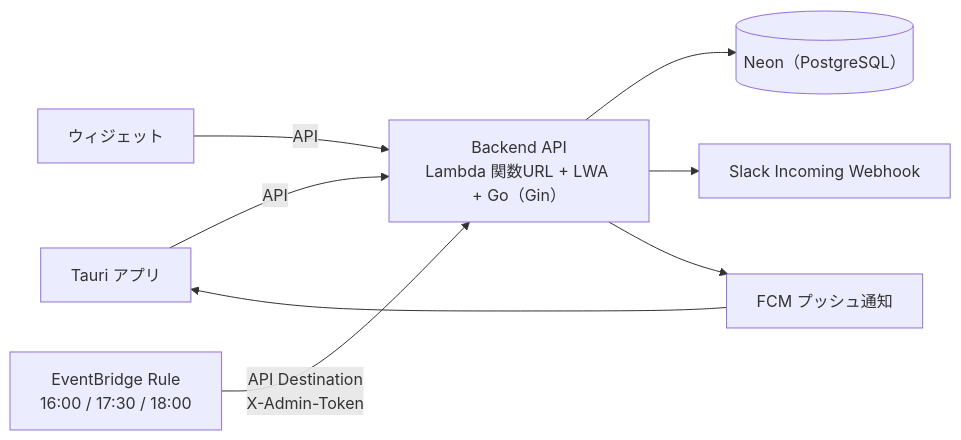
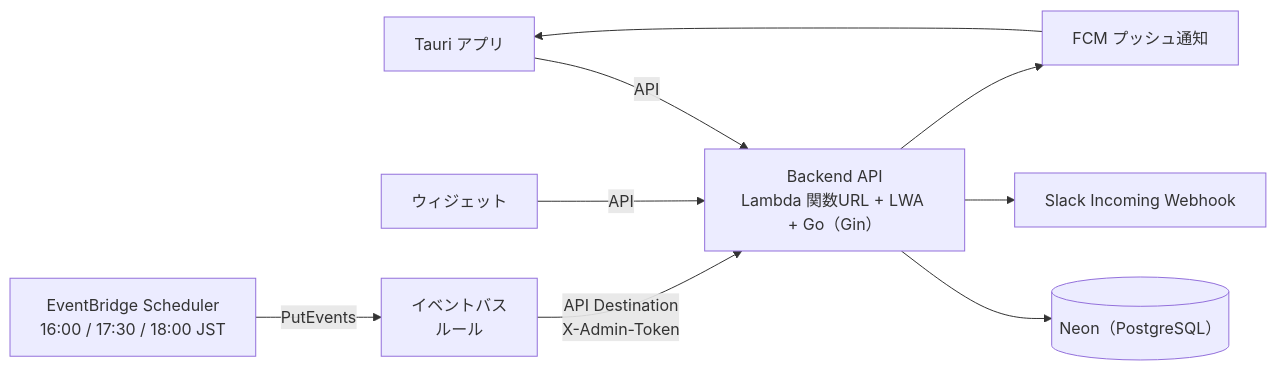
The diagram in docs/DesignDoc.md (nishi240masa/meshi-iko), drawn with Mermaid before and after one commit. The commit also changed other lines of this file, not shown here.

Commit message:
update: 定時処理を EventBridge Scheduler に変更し、API Destination 経由でリクエストを送信するように修正。日付を受け取らないエンドポイント `PUT /admin/polls/today` を追加。

````diff
--- a/docs/DesignDoc.md
+++ b/docs/DesignDoc.md
@@ -107,10 +107,11 @@
 ```mermaid
 flowchart LR
   A["Tauri アプリ"] -->|API| B["Backend API<br/>Lambda 関数URL + LWA + Go（Gin）"]
   W["ウィジェット"] -->|API| B
   B --> C[("Neon（PostgreSQL）")]
-  T["EventBridge Rule<br/>16:00 / 17:30 / 18:00"] -->|"API Destination<br/>X-Admin-Token"| B
+  T["EventBridge Scheduler<br/>16:00 / 17:30 / 18:00 JST"] -->|PutEvents| E["イベントバス<br/>ルール"]
+  E -->|"API Destination<br/>X-Admin-Token"| B
   B --> S["Slack Incoming Webhook"]
   B --> N["FCM プッシュ通知"]
   N --> A
 ```
````
